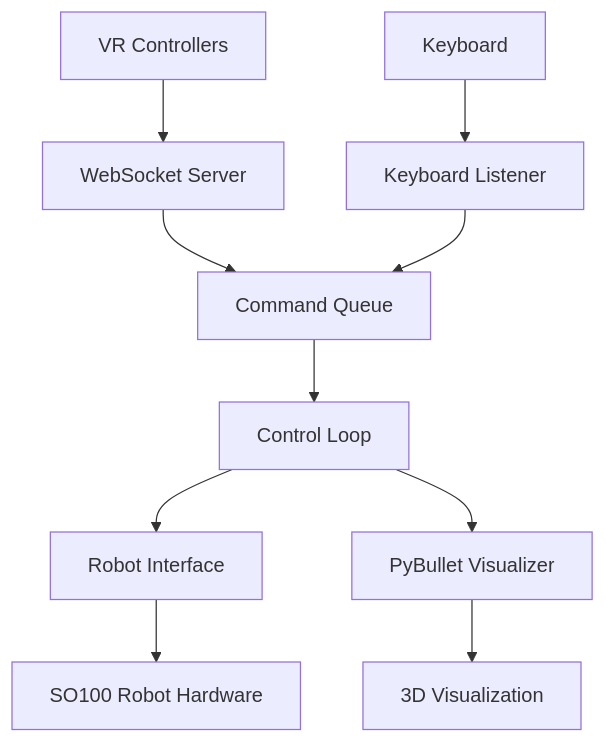
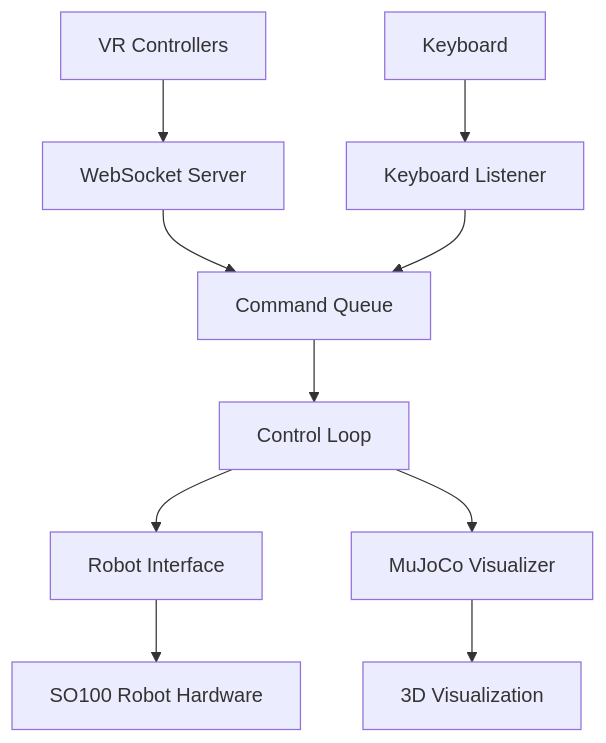
Before and after one commit to mr-cheng111/Telegrip: the diagram in README.md, drawn with Mermaid. The commit also changed other lines of this file and 26 other files, not shown here.

````diff
--- a/README.md
+++ b/README.md
@@ -225,12 +223,12 @@
 ```mermaid
 graph TD
     A[VR Controllers] --> B[WebSocket Server]
     C[Keyboard] --> D[Keyboard Listener]
     B --> E[Command Queue]
     D --> E
     E --> F[Control Loop]
     F --> G[Robot Interface]
-    F --> H[PyBullet Visualizer]
+    F --> H[MuJoCo Visualizer]
     G --> I[SO100 Robot Hardware]
     H --> J[3D Visualization]
 ```
````
